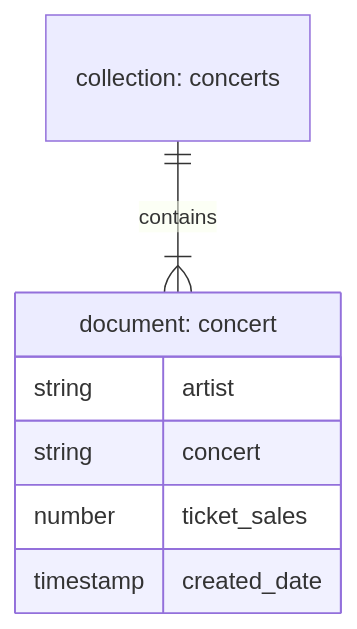
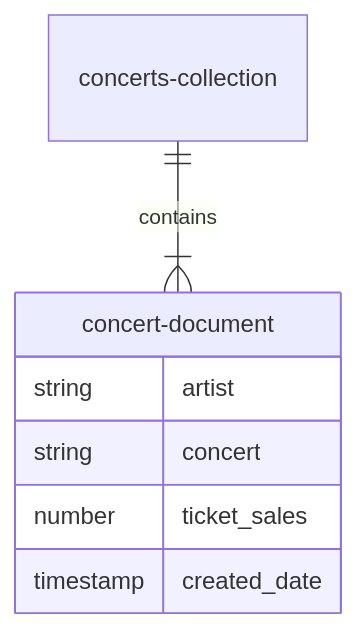
One commit to moonline/Lab.GCP.API-Gateway changed the fourth of 4 diagrams in README.md. Above: the diagram before and after it, drawn with Mermaid. The commit also changed other lines of this file, not shown here.

````diff
--- a/README.md
+++ b/README.md
@@ -129,12 +140,12 @@
 ```mermaid
 erDiagram
 
-concerts["collection: concerts"] {}
-concerts ||--|{ concert : contains
-concert["document: concert"] {
+concerts-collection {}
+concerts-collection ||--|{ concert-document : contains
+concert-document {
     string artist
     string concert
     number ticket_sales
     timestamp created_date
 }
 ```
````
